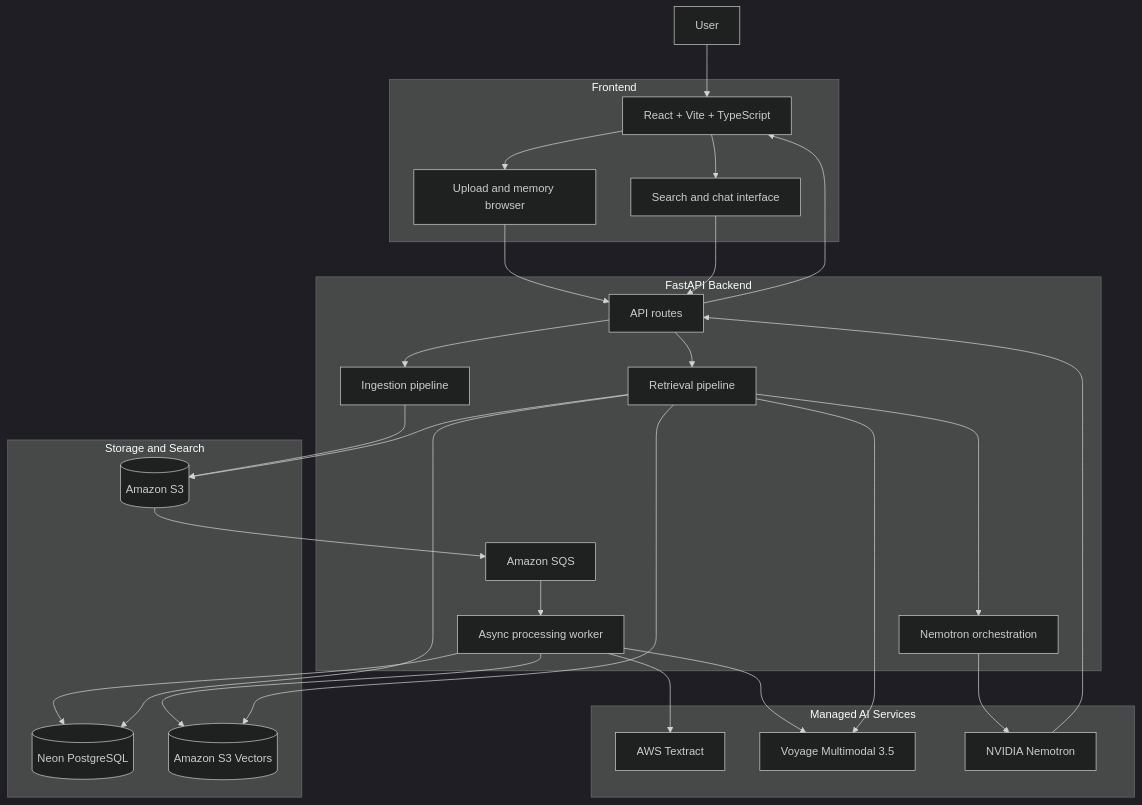
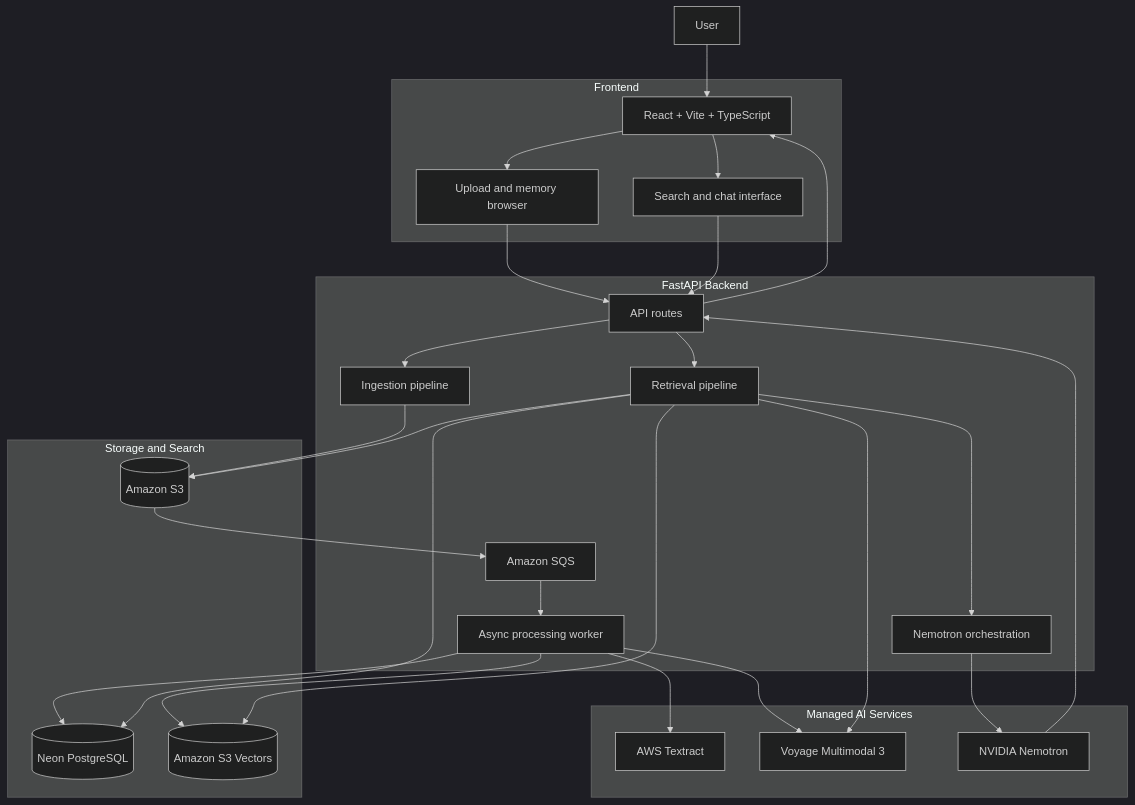
Before and after one commit to a-y-a-n-das/Remora: the first of 3 diagrams in README.md, drawn with Mermaid (dark theme). The commit also changed other lines of this file and 7 other files, not shown here.

````diff
--- a/README.md
+++ b/README.md
@@ -52,53 +52,53 @@
 ```mermaid
 flowchart TB
     User[User]
 
     subgraph Frontend["Frontend"]
         UI[React + Vite + TypeScript]
         Upload[Upload and memory browser]
         Search[Search and chat interface]
     end
 
     subgraph Backend["FastAPI Backend"]
         API[API routes]
         Ingest[Ingestion pipeline]
         Queue[Amazon SQS]
         Worker[Async processing worker]
         Retrieve[Retrieval pipeline]
         Reason[Nemotron orchestration]
     end
 
     subgraph Storage["Storage and Search"]
         S3[(Amazon S3)]
         Neon[(Neon PostgreSQL)]
         Vectors[(Amazon S3 Vectors)]
     end
 
     subgraph AI["Managed AI Services"]
         Textract[AWS Textract]
-        Voyage[Voyage Multimodal 3.5]
+        Voyage[Voyage Multimodal 3]
         Nemotron[NVIDIA Nemotron]
     end
 
     User --> UI
     UI --> Upload
     UI --> Search
     Upload --> API
     Search --> API
     API --> Ingest
     API --> Retrieve
     Ingest --> S3
     S3 --> Queue --> Worker
     Worker --> Textract
     Worker --> Voyage
     Worker --> Neon
     Worker --> Vectors
     Retrieve --> Voyage
     Retrieve --> Vectors
     Retrieve --> Neon
     Retrieve --> S3
     Retrieve --> Reason
     Reason --> Nemotron
     Nemotron --> API
     API --> UI
 ```
````
